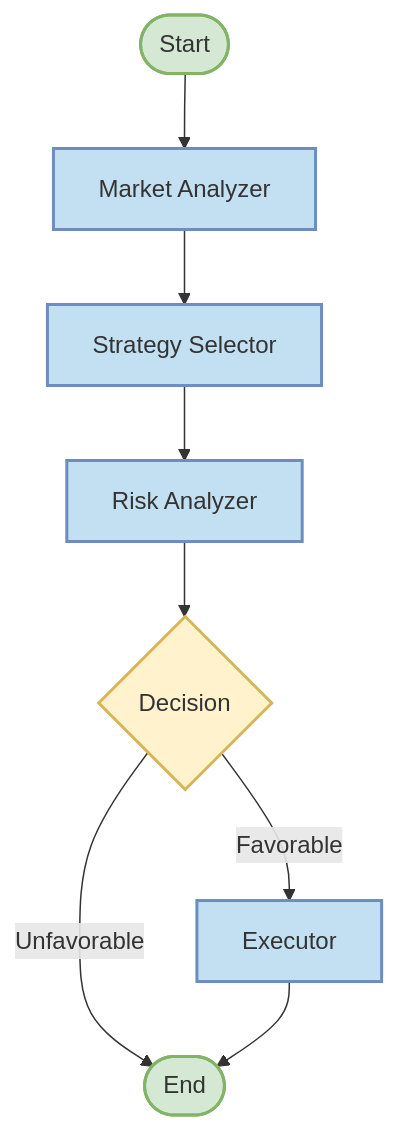
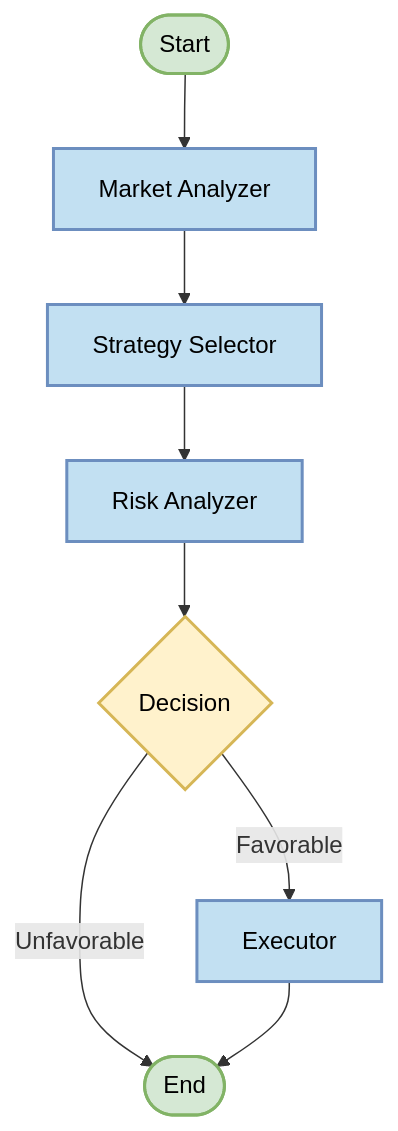
Before and after one commit to ezalabs/bibot-ai: the diagram in README.md, drawn with Mermaid. The commit also changed 2 other files, not shown here.

Commit message:
fixed graph diagrams text color

````diff
--- a/README.md
+++ b/README.md
@@ -24,25 +24,25 @@
 ```mermaid
 graph TD
     Start([Start]) --> MarketAnalyzer
     
     %% LangGraph Nodes
     MarketAnalyzer[Market Analyzer] --> StrategySelector
     StrategySelector[Strategy Selector] --> RiskAnalyzer
     RiskAnalyzer[Risk Analyzer] --> Decision{Decision}
     
     %% Decision paths
     Decision -->|Favorable| Executor
     Decision -->|Unfavorable| End
     
     %% Execution node
     Executor[Executor] --> End([End])
     
     %% Styling
-    classDef llmNode fill:#c2e0f2,stroke:#6c8ebf,stroke-width:2px;
-    classDef decisionNode fill:#fff2cc,stroke:#d6b656,stroke-width:2px;
-    classDef terminalNode fill:#d5e8d4,stroke:#82b366,stroke-width:2px;
+    classDef llmNode fill:#c2e0f2,stroke:#6c8ebf,stroke-width:2px,color:black;
+    classDef decisionNode fill:#fff2cc,stroke:#d6b656,stroke-width:2px,color:black;
+    classDef terminalNode fill:#d5e8d4,stroke:#82b366,stroke-width:2px,color:black;
     
     class MarketAnalyzer,StrategySelector,RiskAnalyzer,Executor llmNode;
     class Decision decisionNode;
     class Start,End terminalNode;
 ```
````
